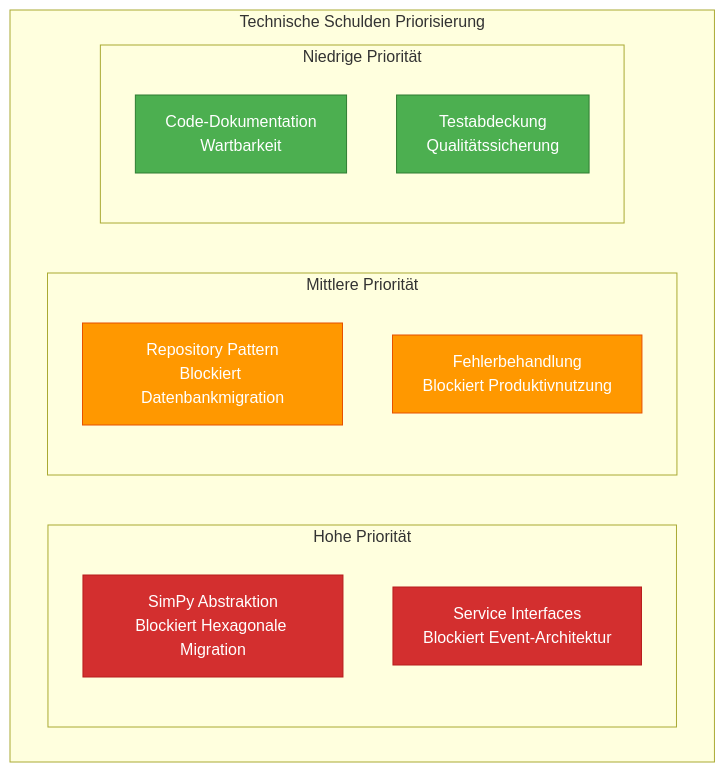
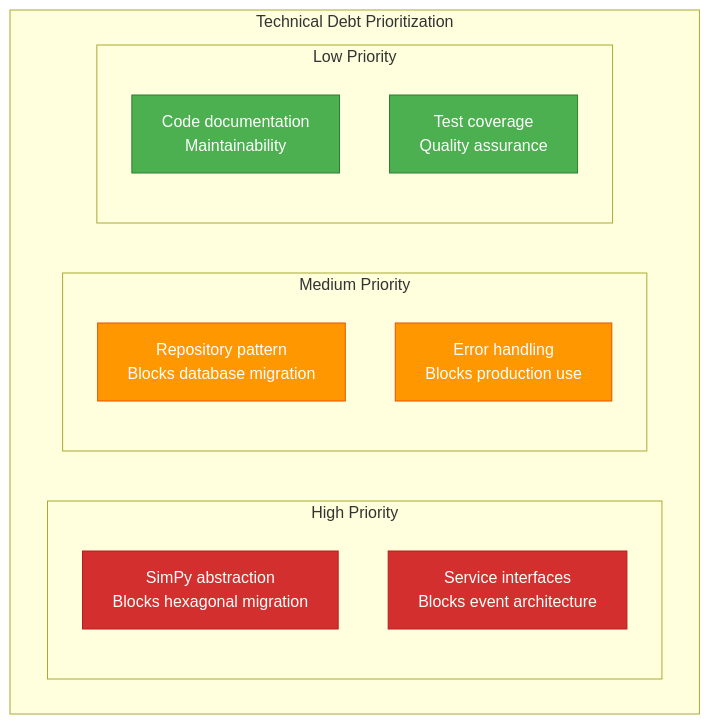
The fourth of 4 diagrams in docs/mvp/architecture/11-risks-technical-debt.md (OpenRailAssociation/dac-migration-dss-popupsim), drawn with Mermaid before and after one commit. The commit also changed other lines of this file and 19 other files, not shown here.

First line of the commit message:
docs(pages): 📝 update MVP architecture

````diff
--- a/docs/mvp/architecture/11-risks-technical-debt.md
+++ b/docs/mvp/architecture/11-risks-technical-debt.md
@@ -278,27 +283,27 @@
 ```mermaid
 graph TB
-    subgraph "Technische Schulden Priorisierung"
-        subgraph "Hohe Priorität"
-            HP1[SimPy Abstraktion<br/>Blockiert Hexagonale Migration]
-            HP2[Service Interfaces<br/>Blockiert Event-Architektur]
+    subgraph "Technical Debt Prioritization"
+        subgraph "High Priority"
+            HP1[SimPy abstraction<br/>Blocks hexagonal migration]
+            HP2[Service interfaces<br/>Blocks event architecture]
         end
 
-        subgraph "Mittlere Priorität"
-            MP1[Repository Pattern<br/>Blockiert Datenbankmigration]
-            MP2[Fehlerbehandlung<br/>Blockiert Produktivnutzung]
+        subgraph "Medium Priority"
+            MP1[Repository pattern<br/>Blocks database migration]
+            MP2[Error handling<br/>Blocks production use]
         end
 
-        subgraph "Niedrige Priorität"
-            LP1[Code-Dokumentation<br/>Wartbarkeit]
-            LP2[Testabdeckung<br/>Qualitätssicherung]
+        subgraph "Low Priority"
+            LP1[Code documentation<br/>Maintainability]
+            LP2[Test coverage<br/>Quality assurance]
         end
     end
 
     classDef high fill:#d32f2f,stroke:#b71c1c,color:#fff
     classDef medium fill:#ff9800,stroke:#e65100,color:#fff
     classDef low fill:#4caf50,stroke:#2e7d32,color:#fff
 
     class HP1,HP2 high
     class MP1,MP2 medium
     class LP1,LP2 low
 ```
````
